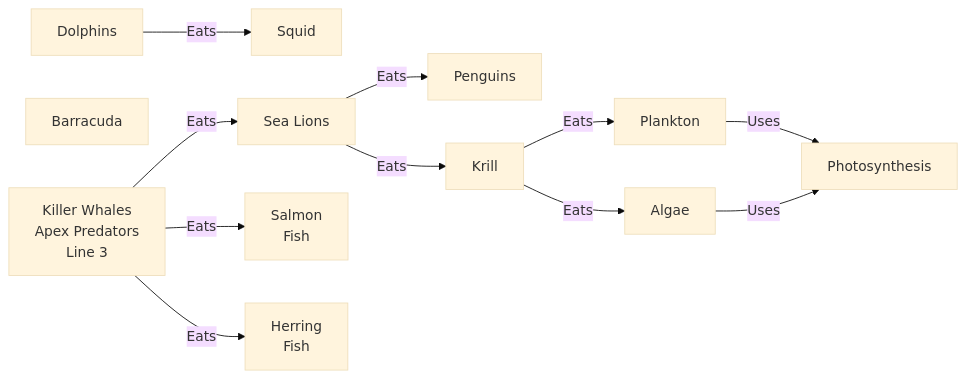
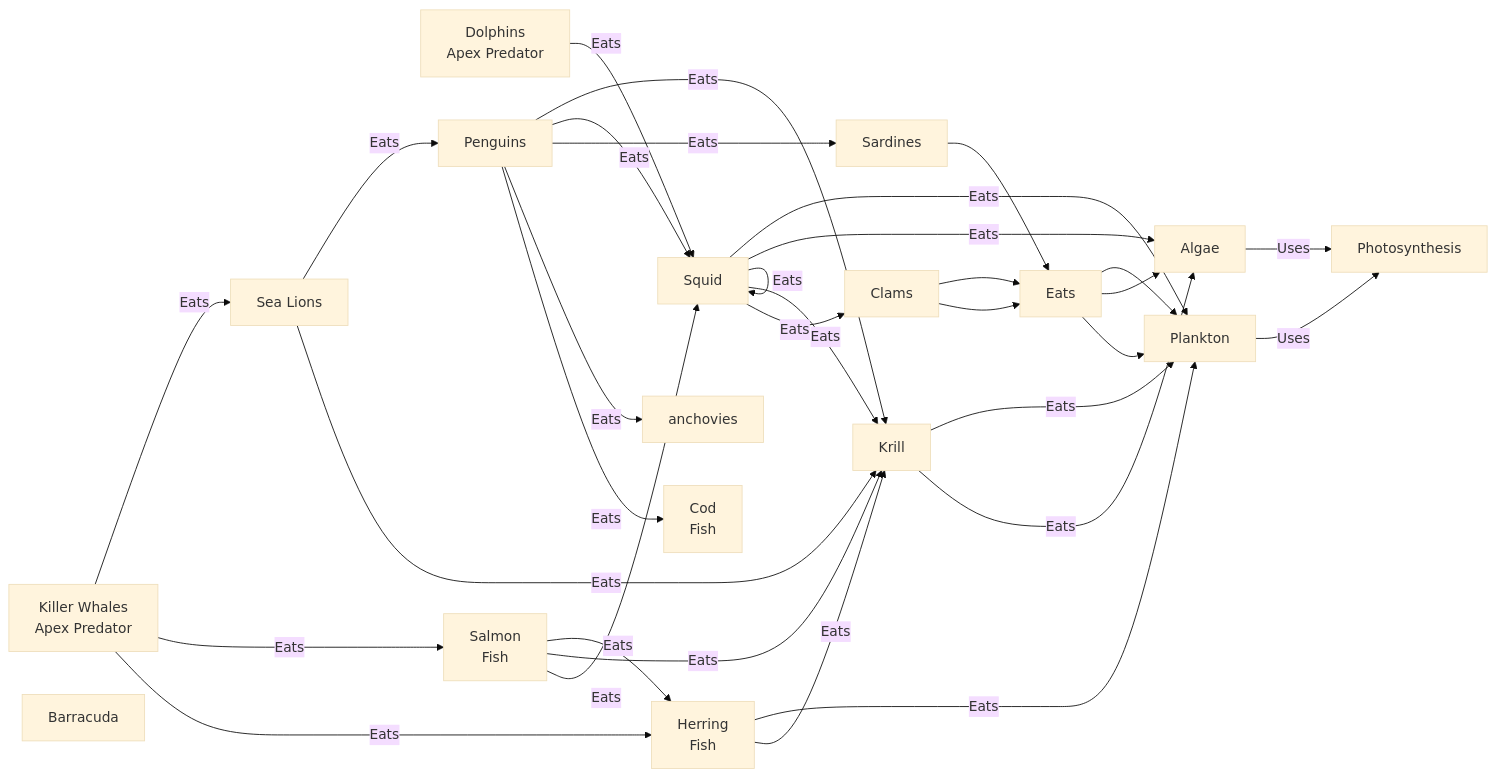
The diagram in foodWeb.md (mahldcat/jacobscienceproject), drawn with Mermaid (base theme) before and after one commit.

````diff
--- a/foodWeb.md
+++ b/foodWeb.md
@@ -1,43 +1,68 @@
 ```mermaid
 flowchart LR
-  killerwhale[Killer Whales<br>Apex Predators<br>Line 3]
+  killerwhale[Killer Whales<br>Apex Predator]
   seal[Sea Lions]
   barracuda[Barracuda]
-  dolphin[Dolphins]
+  dolphin[Dolphins<br>Apex Predator]
   
   squid[Squid]
   penguin[Penguins]
   krill[Krill]
-  
+  clam[Clams]
+
+  sardine[Sardines]
+  cod[Cod<br>Fish] 
   salmon[Salmon<br>Fish]
   herring[Herring<br>Fish]
   
   %%Plants
   plankton[Plankton]
   algae[Algae]
   
   photosyn[Photosynthesis]
     
   plankton -- Uses --> photosyn
   algae -- Uses --> photosyn
   
   
   %% First Stage
   krill -- Eats --> plankton
   krill -- Eats --> algae
   
-
+  clam --> Eats --> plankton
+  clam --> Eats --> algae
   
+  sardine --> Eats --> plankton
+  
+  squid -- Eats --> plankton
+  squid -- Eats --> algae
+  squid -- Eats --> krill
+  squid -- Eats --> clam
+  squid -- Eats --> squid
+    
   killerwhale -- Eats --> seal
   killerwhale -- Eats --> salmon
   killerwhale -- Eats --> herring
   
-    
+  penguin -- Eats --> krill
+  penguin -- Eats --> squid
+  penguin -- Eats --> sardine
+  penguin -- Eats --> anchovies
+  penguin -- Eats --> cod
+      
   dolphin -- Eats --> squid 
+  
+  salmon -- Eats --> herring
+  salmon -- Eats --> krill
+  salmon -- Eats --> squid
+  
   seal -- Eats --> penguin
   seal -- Eats --> krill
+  
+  herring -- Eats --> plankton
+  herring -- Eats --> krill
   
   
   
 
 ```
````
